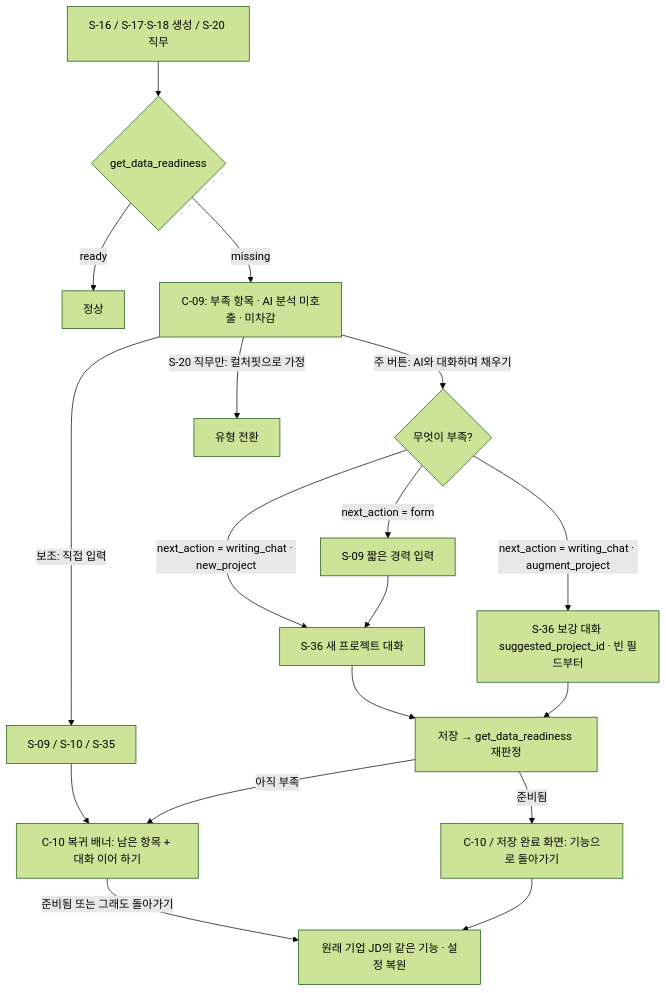
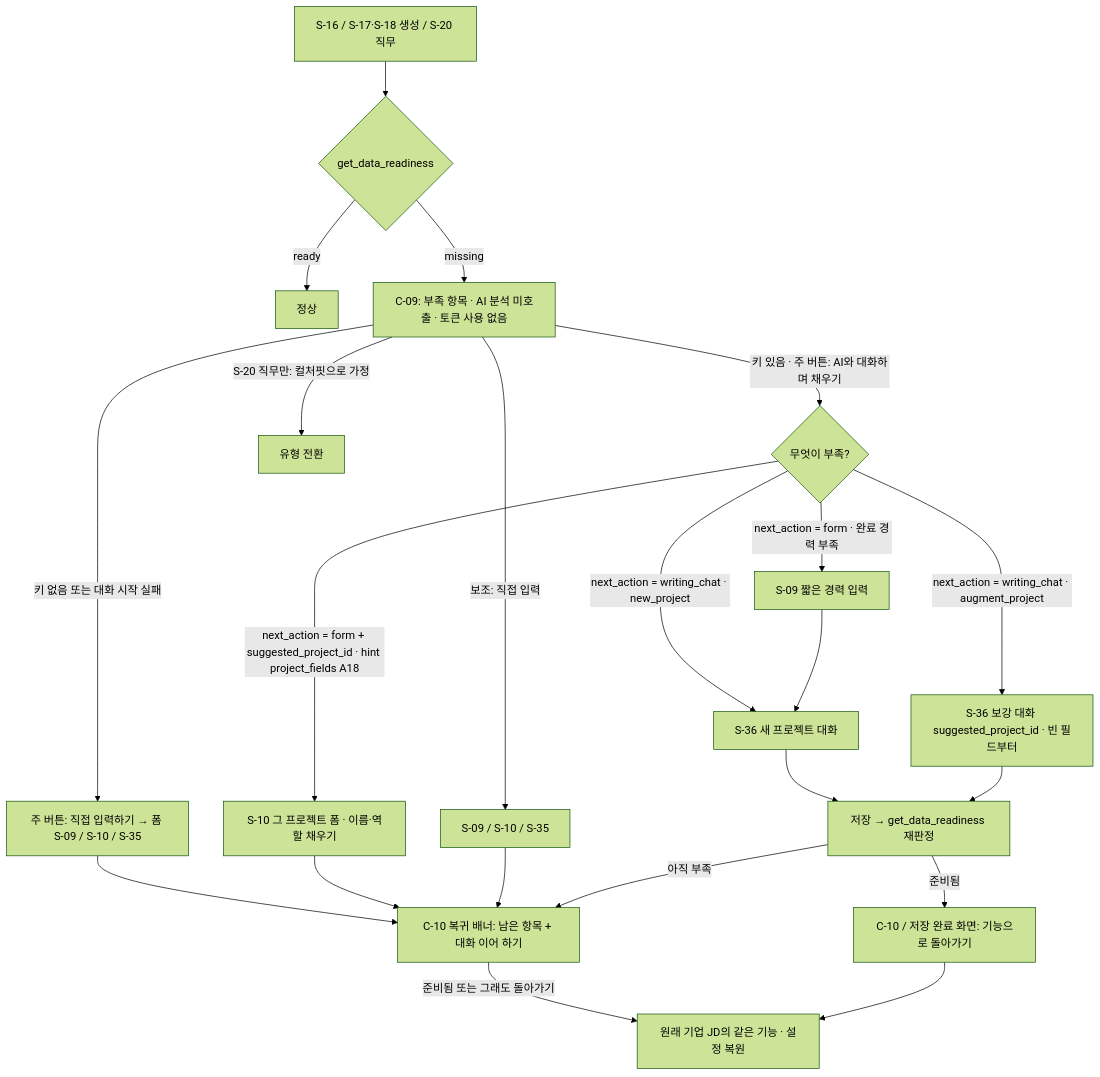
One commit to j-hyunn/resumate changed diagram 13 of 20 in docs/planning/02-user-flows.md. Above: the diagram before and after it, drawn with Mermaid (forest theme). The commit also changed other lines of this file and 7 other files, not shown here.

````diff
--- a/docs/planning/02-user-flows.md
+++ b/docs/planning/02-user-flows.md
@@ -422,19 +508,23 @@
 ```mermaid
 flowchart TD
   A[S-16 / S-17·S-18 생성 / S-20 직무] --> B{get_data_readiness}
   B -->|ready| OK[정상]
-  B -->|missing| C[C-09: 부족 항목 · AI 분석 미호출 · 미차감]
-  C -->|주 버튼: AI와 대화하며 채우기| K{무엇이 부족?}
+  B -->|missing| C[C-09: 부족 항목 · AI 분석 미호출 · 토큰 사용 없음]
+  C -->|키 없음 또는 대화 시작 실패| FM[주 버튼: 직접 입력하기 → 폼 S-09 / S-10 / S-35]
+  FM --> E
+  C -->|키 있음 · 주 버튼: AI와 대화하며 채우기| K{무엇이 부족?}
   K -->|next_action = writing_chat · new_project| D1[S-36 새 프로젝트 대화]
   K -->|next_action = writing_chat · augment_project| D2[S-36 보강 대화 suggested_project_id · 빈 필드부터]
-  K -->|next_action = form| D0[S-09 짧은 경력 입력] --> D1
+  K -->|next_action = form · 완료 경력 부족| D0[S-09 짧은 경력 입력] --> D1
+  K -->|next_action = form + suggested_project_id · hint project_fields A18| D4[S-10 그 프로젝트 폼 · 이름·역할 채우기]
+  D4 --> E
   C -->|보조: 직접 입력| D3[S-09 / S-10 / S-35]
   C -->|S-20 직무만: 컬처핏으로 가정| CF[유형 전환]
   D1 --> S[저장 → get_data_readiness 재판정]
   D2 --> S
   D3 --> E
   S -->|준비됨| F[C-10 / 저장 완료 화면: 기능으로 돌아가기]
   S -->|아직 부족| E[C-10 복귀 배너: 남은 항목 + 대화 이어 하기]
   E -->|준비됨 또는 그래도 돌아가기| F2[원래 기업 JD의 같은 기능 · 설정 복원]
   F --> F2
 ```
````
